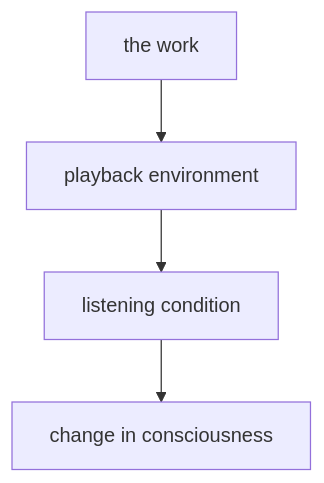
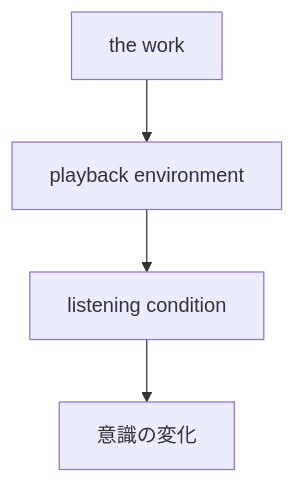
Before and after one commit to monumental-movement/monumental-movement.github.io: the diagram in en/_posts/2025-12-17-column-ambient-techno-deep-ambient2.md, drawn with Mermaid. The commit also changed other lines of this file and 1012 other files, not shown here.

```diff
--- a/en/_posts/2025-12-17-column-ambient-techno-deep-ambient2.md
+++ b/en/_posts/2025-12-17-column-ambient-techno-deep-ambient2.md
@@ -134,6 +134,6 @@
 <div class="mermaid">
 graph TD
 A[the work] --> B[playback environment]
 B --> C[listening condition]
-C --> D[change in consciousness]
+C --> D[意識の変化]
 </div>
```
